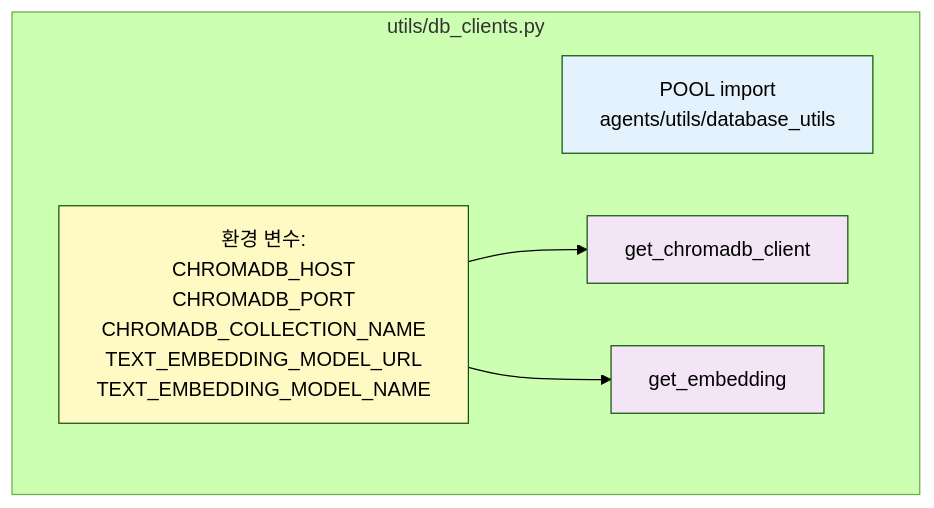
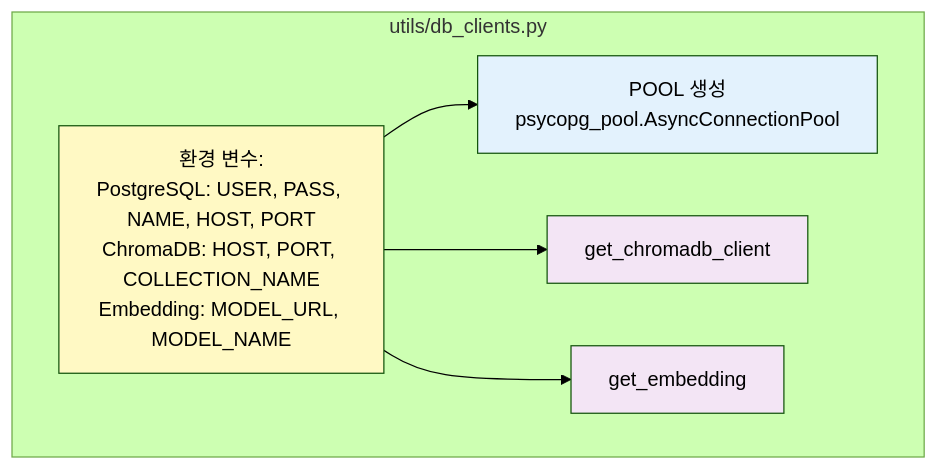
The fifth of 6 diagrams in data_toolbox_archi.md (beyonwr/agent-adk-data-search), drawn with Mermaid (forest theme) before and after one commit. The commit also changed other lines of this file and 2 other files, not shown here.

First line of the commit message:
data_toolbox가 독립적으로 PostgreSQL POOL 관리하도록 수정

````diff
--- a/data_toolbox_archi.md
+++ b/data_toolbox_archi.md
@@ -152,19 +149,20 @@
 ```mermaid
 graph TB
     subgraph "utils/db_clients.py"
-        ImportPOOL[POOL import<br/>agents/utils/database_utils]
+        POOLCreate[POOL 생성<br/>psycopg_pool.AsyncConnectionPool]
 
         ChromaFunc[get_chromadb_client]
         EmbedFunc[get_embedding]
 
-        EnvVars[환경 변수:<br/>CHROMADB_HOST<br/>CHROMADB_PORT<br/>CHROMADB_COLLECTION_NAME<br/>TEXT_EMBEDDING_MODEL_URL<br/>TEXT_EMBEDDING_MODEL_NAME]
+        EnvVars[환경 변수:<br/>PostgreSQL: USER, PASS, NAME, HOST, PORT<br/>ChromaDB: HOST, PORT, COLLECTION_NAME<br/>Embedding: MODEL_URL, MODEL_NAME]
 
+        EnvVars --> POOLCreate
         EnvVars --> ChromaFunc
         EnvVars --> EmbedFunc
     end
 
-    style ImportPOOL fill:#e3f2fd
+    style POOLCreate fill:#e3f2fd
     style ChromaFunc fill:#f3e5f5
     style EmbedFunc fill:#f3e5f5
     style EnvVars fill:#fff9c4
 ```
````
